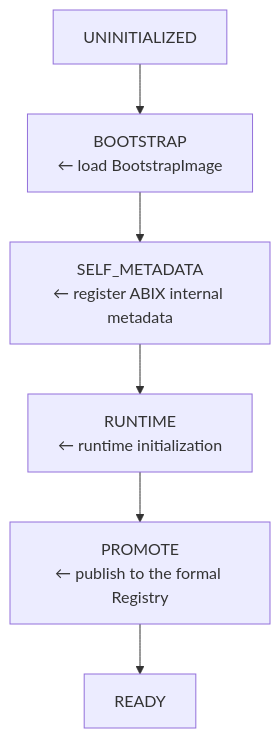
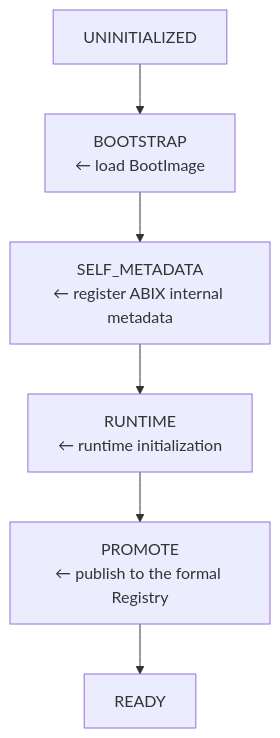
One commit to Sukanle/ABIX changed the eighth of 12 diagrams in docs/getting-started/bootstrap.md. Above: the diagram before and after it, drawn with Mermaid. The commit also changed other lines of this file and 262 other files, not shown here.

````diff
--- a/docs/getting-started/bootstrap.md
+++ b/docs/getting-started/bootstrap.md
@@ -356,8 +356,8 @@
 ```mermaid
 flowchart TD
-    UNINITIALIZED --> BOOTSTRAP["BOOTSTRAP<br/>← load BootstrapImage"]
+    UNINITIALIZED --> BOOTSTRAP["BOOTSTRAP<br/>← load BootImage"]
     BOOTSTRAP --> SELF_METADATA["SELF_METADATA<br/>← register ABIX internal metadata"]
     SELF_METADATA --> RUNTIME["RUNTIME<br/>← runtime initialization"]
     RUNTIME --> PROMOTE["PROMOTE<br/>← publish to the formal Registry"]
     PROMOTE --> READY
 ```
````
